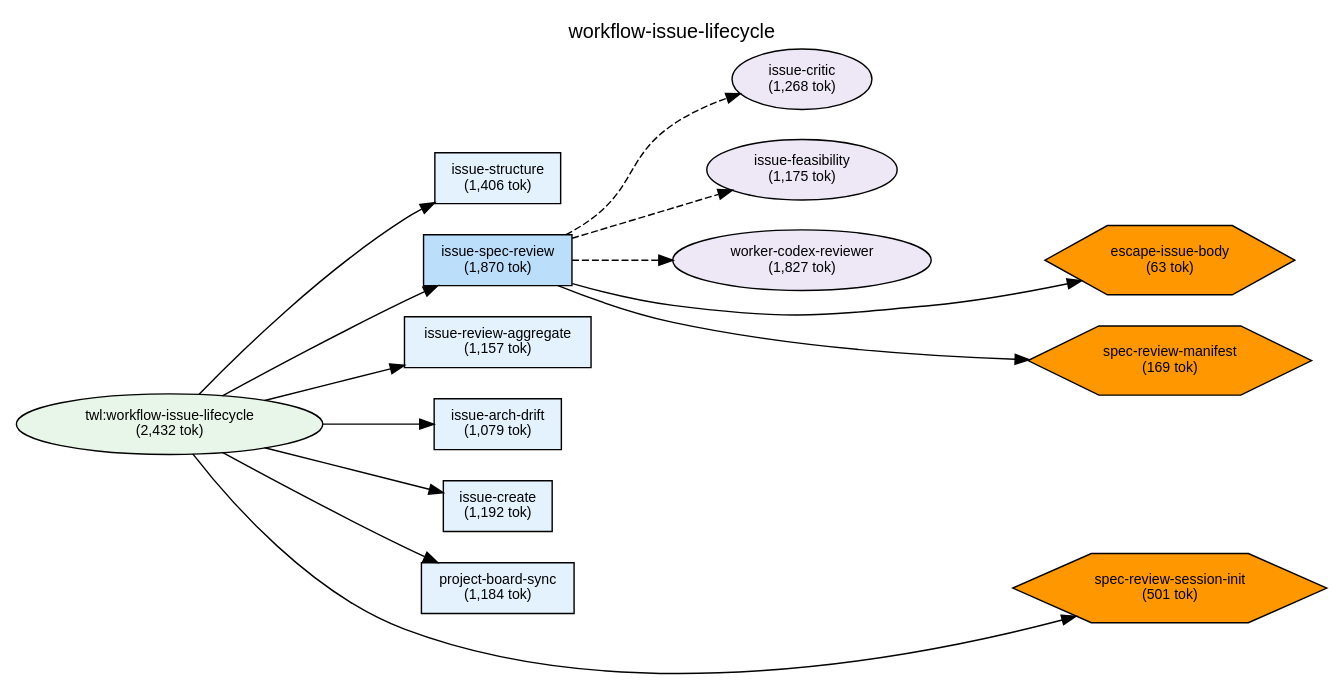
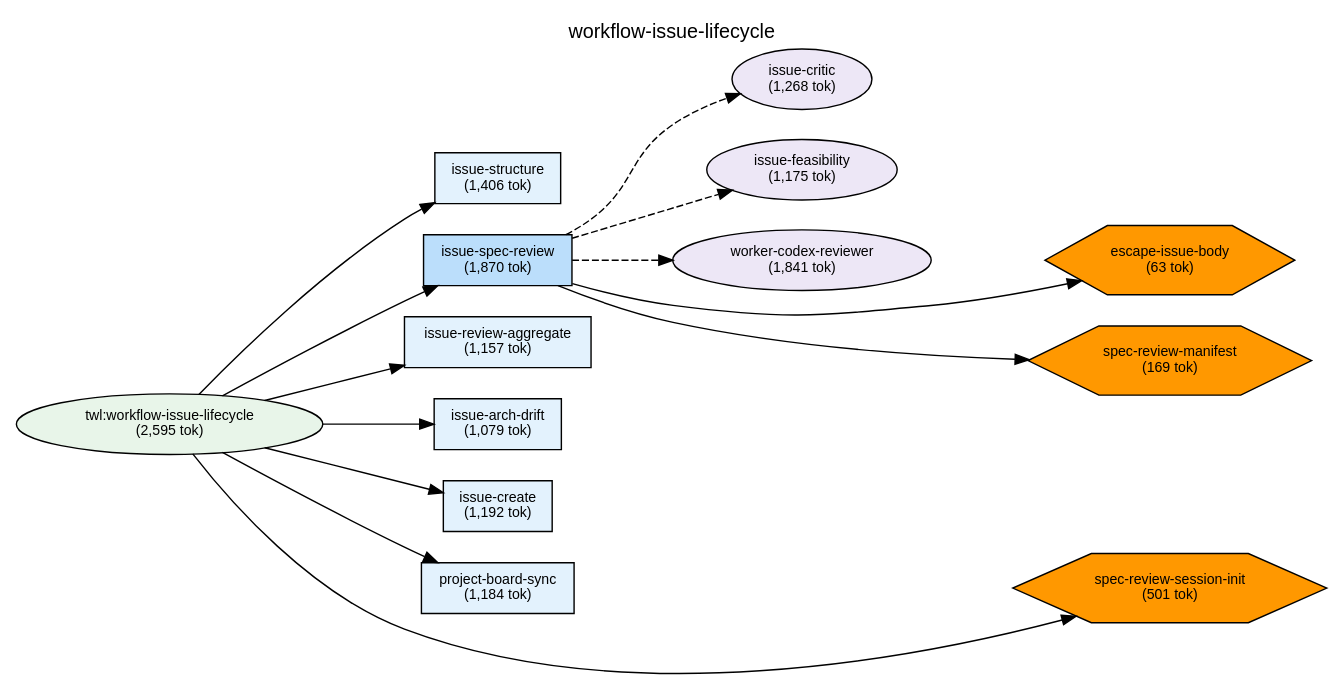
One commit to shuu5/twill changed the diagram in plugins/twl/docs/deps-workflow-issue-lifecycle.dot. Above: the diagram before and after it, drawn with Graphviz. The commit also changed 31 other files, not shown here.

First line of the commit message:
feat(#983): co-issue SKILL.md split — 5 refs 外出し + deps.yaml 更新

```diff
--- a/plugins/twl/docs/deps-workflow-issue-lifecycle.dot
+++ b/plugins/twl/docs/deps-workflow-issue-lifecycle.dot
@@ -1,79 +1,79 @@
 digraph Dependencies {
     // Graph settings
     rankdir=LR;
     ranksep=0.8;
     nodesep=0.3;
     fontname="Helvetica";
     node [fontname="Helvetica", fontsize=10];
     edge [fontname="Helvetica", fontsize=9];
     label="workflow-issue-lifecycle";
     labelloc=t;
     fontsize=14;
 
     // L0: Controller Skills
 
     // L0: Launchers
 
     // L0.5: Workflow Skills
-    skill_workflow_issue_lifecycle [label="twl:workflow-issue-lifecycle\n(2,432 tok)", shape=ellipse, style=filled, fillcolor="#e8f5e9"];
+    skill_workflow_issue_lifecycle [label="twl:workflow-issue-lifecycle\n(2,595 tok)", shape=ellipse, style=filled, fillcolor="#e8f5e9"];
 
     // Reference Skills
 
     // L1: Direct Commands
     cmd_issue_structure [label="issue-structure\n(1,406 tok)", shape=box, style=filled, fillcolor="#e3f2fd"];
     cmd_issue_create [label="issue-create\n(1,192 tok)", shape=box, style=filled, fillcolor="#e3f2fd"];
     cmd_issue_spec_review [label="issue-spec-review\n(1,870 tok)", shape=box, style=filled, fillcolor="#bbdefb"];
     cmd_issue_review_aggregate [label="issue-review-aggregate\n(1,157 tok)", shape=box, style=filled, fillcolor="#e3f2fd"];
     cmd_issue_arch_drift [label="issue-arch-drift\n(1,079 tok)", shape=box, style=filled, fillcolor="#e3f2fd"];
     cmd_project_board_sync [label="project-board-sync\n(1,184 tok)", shape=box, style=filled, fillcolor="#e3f2fd"];
 
     // L2: Sub Commands
 
     // L3: Agents
     agent_issue_critic [label="issue-critic\n(1,268 tok)", shape=ellipse, style=filled, fillcolor="#ede7f6"];
     agent_issue_feasibility [label="issue-feasibility\n(1,175 tok)", shape=ellipse, style=filled, fillcolor="#ede7f6"];
-    agent_worker_codex_reviewer [label="worker-codex-reviewer\n(1,827 tok)", shape=ellipse, style=filled, fillcolor="#ede7f6"];
+    agent_worker_codex_reviewer [label="worker-codex-reviewer\n(1,841 tok)", shape=ellipse, style=filled, fillcolor="#ede7f6"];
 
     // L3.5: Scripts
     script_escape_issue_body [label="escape-issue-body\n(63 tok)", shape=hexagon, style=filled, fillcolor="#FF9800"];
     script_spec_review_manifest [label="spec-review-manifest\n(169 tok)", shape=hexagon, style=filled, fillcolor="#FF9800"];
     script_spec_review_session_init [label="spec-review-session-init\n(501 tok)", shape=hexagon, style=filled, fillcolor="#FF9800"];
 
     // L4: External
 
     // Layer constraints
     { rank=same; skill_workflow_issue_lifecycle; }
     { rank=same; cmd_issue_structure; cmd_issue_create; cmd_issue_spec_review; cmd_issue_review_aggregate; cmd_issue_arch_drift; cmd_project_board_sync; }
     { rank=same; agent_issue_critic; agent_issue_feasibility; agent_worker_codex_reviewer; }
     { rank=same; script_escape_issue_body; script_spec_review_manifest; script_spec_review_session_init; }
 
     // Edges
     skill_workflow_issue_lifecycle -> cmd_issue_structure;
     skill_workflow_issue_lifecycle -> cmd_issue_spec_review;
     skill_workflow_issue_lifecycle -> cmd_issue_review_aggregate;
     skill_workflow_issue_lifecycle -> cmd_issue_arch_drift;
     skill_workflow_issue_lifecycle -> cmd_issue_create;
     skill_workflow_issue_lifecycle -> cmd_project_board_sync;
     skill_workflow_issue_lifecycle -> script_spec_review_session_init;
     cmd_issue_spec_review -> agent_issue_critic [style=dashed];
     cmd_issue_spec_review -> agent_issue_feasibility [style=dashed];
     cmd_issue_spec_review -> agent_worker_codex_reviewer [style=dashed];
     cmd_issue_spec_review -> script_escape_issue_body;
     cmd_issue_spec_review -> script_spec_review_manifest;
 
     // Ordering constraints (invisible edges)
     cmd_issue_structure -> cmd_issue_spec_review [style=invis, weight=10];
     cmd_issue_spec_review -> cmd_issue_review_aggregate [style=invis, weight=10];
     cmd_issue_review_aggregate -> cmd_issue_arch_drift [style=invis, weight=10];
     cmd_issue_arch_drift -> cmd_issue_create [style=invis, weight=10];
     cmd_issue_create -> cmd_project_board_sync [style=invis, weight=10];
     cmd_project_board_sync -> script_spec_review_session_init [style=invis, weight=10];
     cmd_issue_spec_review -> cmd_issue_review_aggregate [style=invis, weight=10];
     cmd_issue_review_aggregate -> cmd_issue_arch_drift [style=invis, weight=10];
     cmd_issue_arch_drift -> script_spec_review_session_init [style=invis, weight=10];
     agent_issue_critic -> agent_issue_feasibility [style=invis, weight=10];
     agent_issue_feasibility -> agent_worker_codex_reviewer [style=invis, weight=10];
     agent_worker_codex_reviewer -> script_escape_issue_body [style=invis, weight=10];
     script_escape_issue_body -> script_spec_review_manifest [style=invis, weight=10];
 
 }
```
